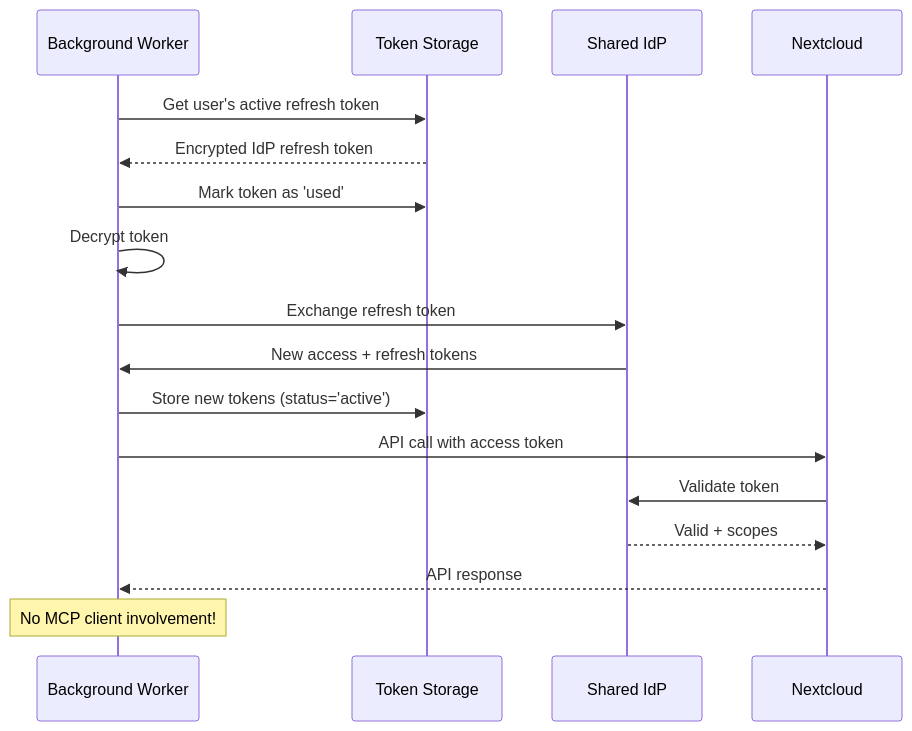
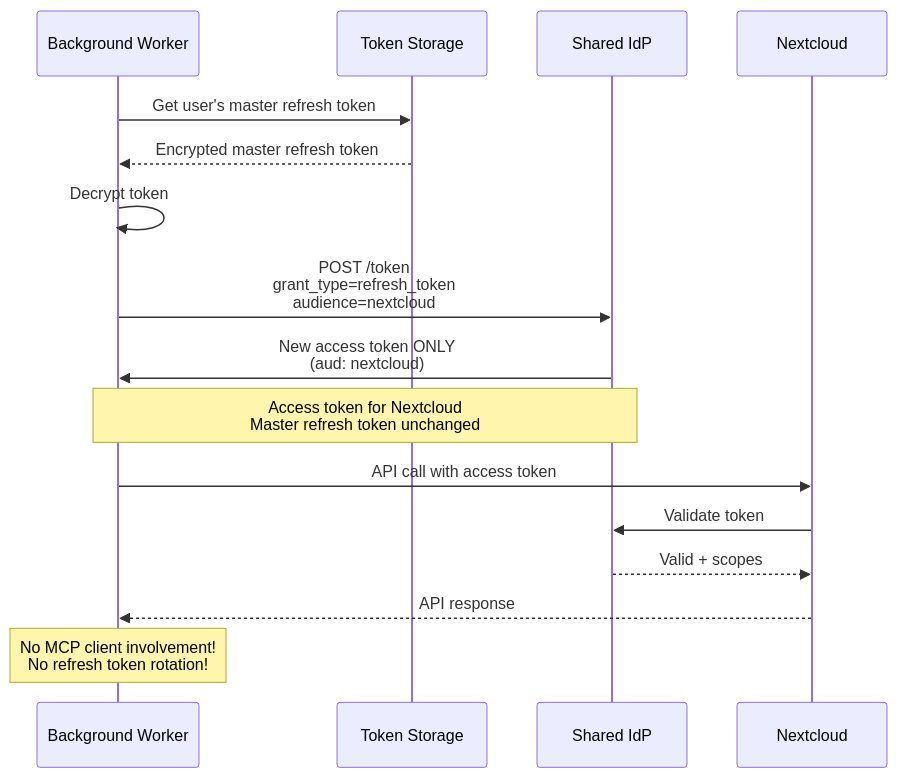
One commit to cbcoutinho/nextcloud-mcp-server changed the third of 3 diagrams in docs/ADR-004-mcp-application-oauth.md. Above: the diagram before and after it, drawn with Mermaid. The commit also changed other lines of this file, not shown here.

Commit message:
docs: WIP with Hybrid token

````diff
--- a/docs/ADR-004-mcp-application-oauth.md
+++ b/docs/ADR-004-mcp-application-oauth.md
@@ -213,23 +228,22 @@
 ```mermaid
 sequenceDiagram
     participant Worker as Background Worker
     participant TokenStore as Token Storage
     participant IdP as Shared IdP
     participant Nextcloud
 
-    Worker->>TokenStore: Get user's active refresh token
-    TokenStore-->>Worker: Encrypted IdP refresh token
-    Worker->>TokenStore: Mark token as 'used'
+    Worker->>TokenStore: Get user's master refresh token
+    TokenStore-->>Worker: Encrypted master refresh token
     Worker->>Worker: Decrypt token
 
-    Worker->>IdP: Exchange refresh token
-    IdP->>Worker: New access + refresh tokens
-    Worker->>TokenStore: Store new tokens (status='active')
+    Worker->>IdP: POST /token<br/>grant_type=refresh_token<br/>audience=nextcloud
+    IdP->>Worker: New access token ONLY<br/>(aud: nextcloud)
+    Note over IdP,Worker: Access token for Nextcloud<br/>Master refresh token unchanged
 
     Worker->>Nextcloud: API call with access token
     Nextcloud->>IdP: Validate token
     IdP-->>Nextcloud: Valid + scopes
     Nextcloud-->>Worker: API response
 
-    Note over Worker: No MCP client involvement!
+    Note over Worker: No MCP client involvement!<br/>No refresh token rotation!
 ```
````
